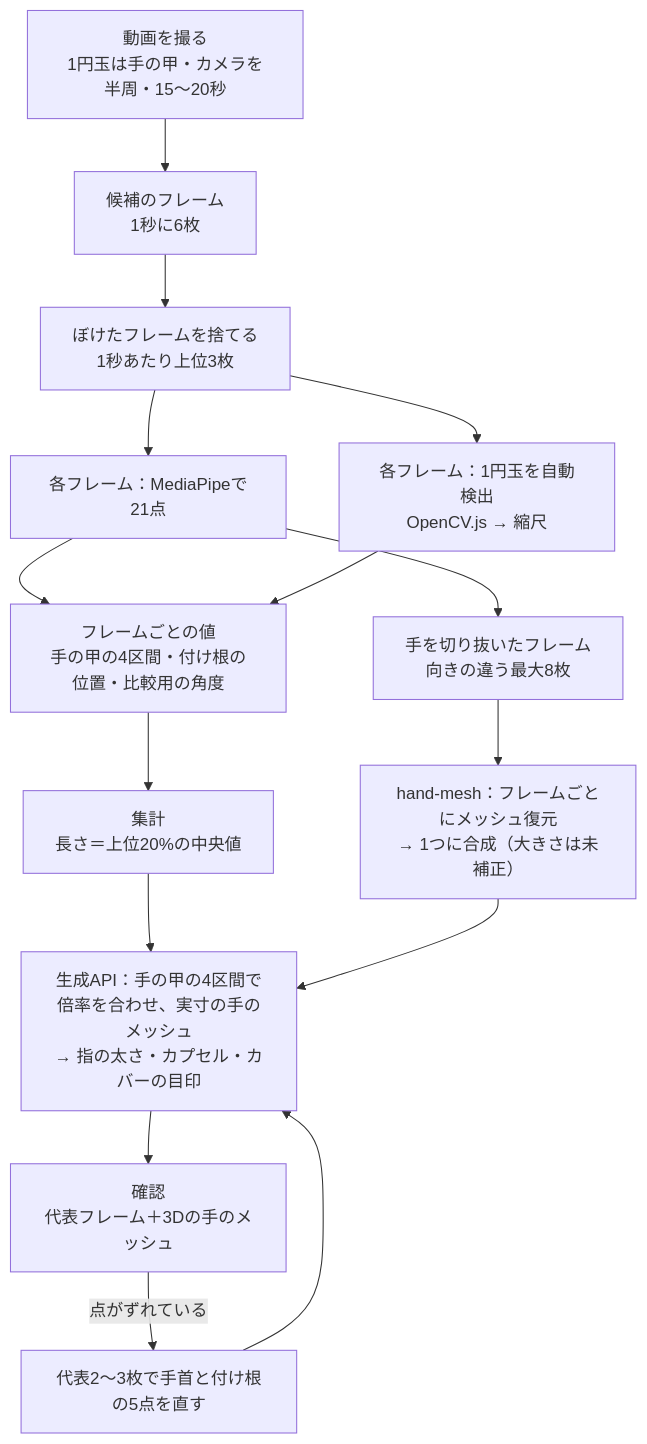
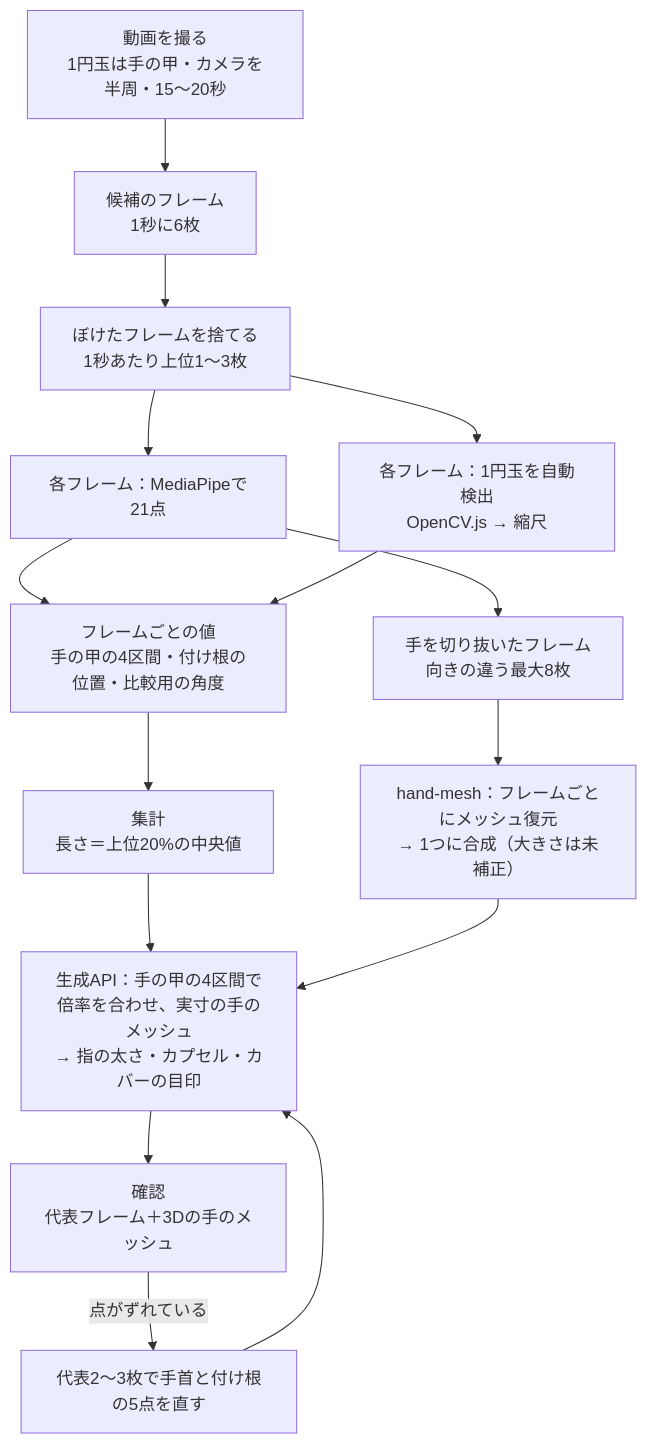
The first of 2 diagrams in docs/measurement.md (Devfest-Hackathon-2026/df-2026-t101), drawn with Mermaid before and after one commit. The commit also changed other lines of this file and 31 other files, not shown here.

````diff
--- a/docs/measurement.md
+++ b/docs/measurement.md
@@ -16,15 +16,15 @@
 ```mermaid
 flowchart TD
   A[動画を撮る<br/>1円玉は手の甲・カメラを半周・15〜20秒] --> B[候補のフレーム<br/>1秒に6枚]
-  B --> C[ぼけたフレームを捨てる<br/>1秒あたり上位3枚]
+  B --> C[ぼけたフレームを捨てる<br/>1秒あたり上位1〜3枚]
   C --> D[各フレーム：MediaPipeで21点]
   C --> E[各フレーム：1円玉を自動検出<br/>OpenCV.js → 縮尺]
   D & E --> F[フレームごとの値<br/>手の甲の4区間・付け根の位置・比較用の角度]
   F --> G[集計<br/>長さ＝上位20%の中央値]
   D --> H[手を切り抜いたフレーム<br/>向きの違う最大8枚]
   H --> I[hand-mesh：フレームごとにメッシュ復元<br/>→ 1つに合成（大きさは未補正）]
   G & I --> J[生成API：手の甲の4区間で倍率を合わせ、実寸の手のメッシュ<br/>→ 指の太さ・カプセル・カバーの目印]
   J --> K[確認<br/>代表フレーム＋3Dの手のメッシュ]
   K -->|点がずれている| L[代表2〜3枚で手首と付け根の5点を直す]
   L --> J
 ```
````
